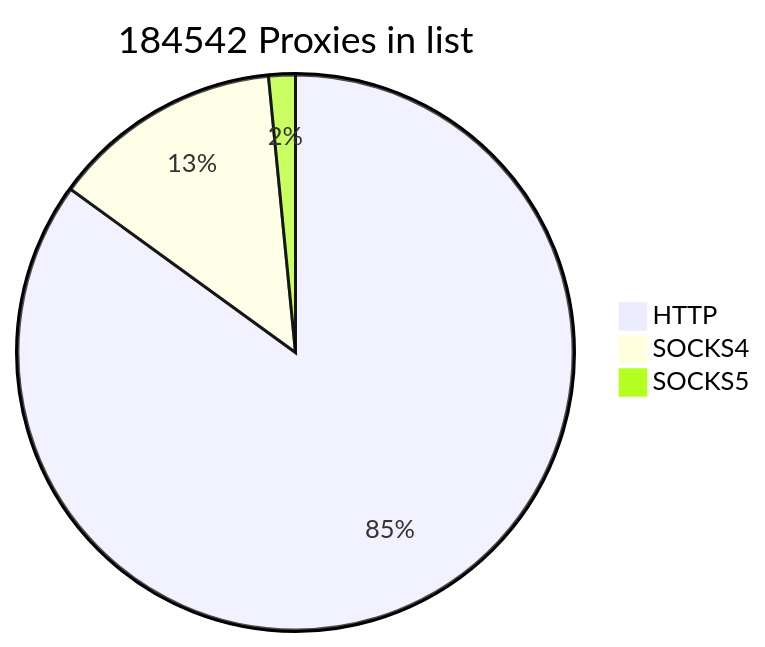
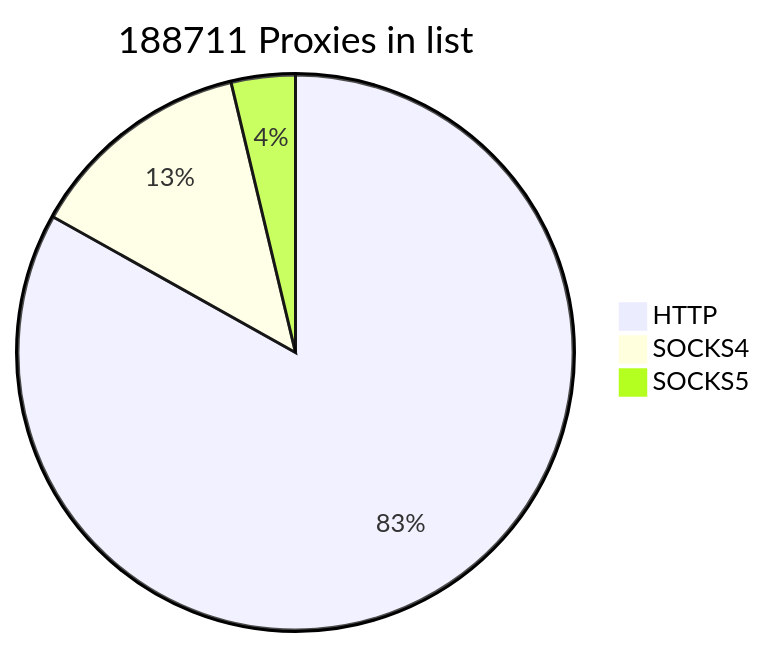
One commit to cutipu/proxylist changed the first of 2 diagrams in README.md. Above: the diagram before and after it, drawn with Mermaid. The commit also changed other lines of this file, not shown here.

````diff
--- a/README.md
+++ b/README.md
@@ -2,7 +2,7 @@
 ```mermaid
-pie title 184542 Proxies in list
-    "HTTP" : 156856
+pie title 188711 Proxies in list
+    "HTTP" : 156858
     "SOCKS4" : 24819
-    "SOCKS5" : 2867
+    "SOCKS5" : 7034
             
 ```
````
